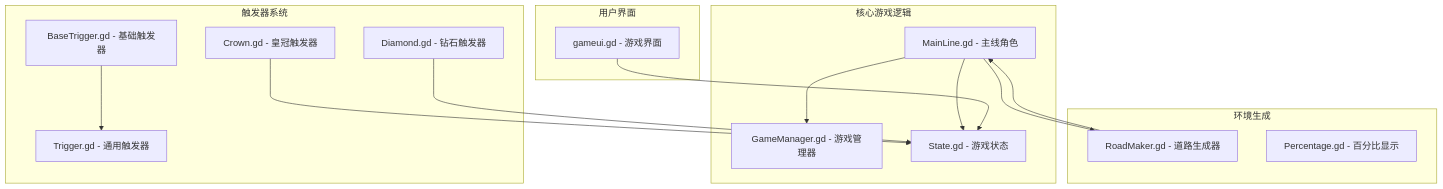
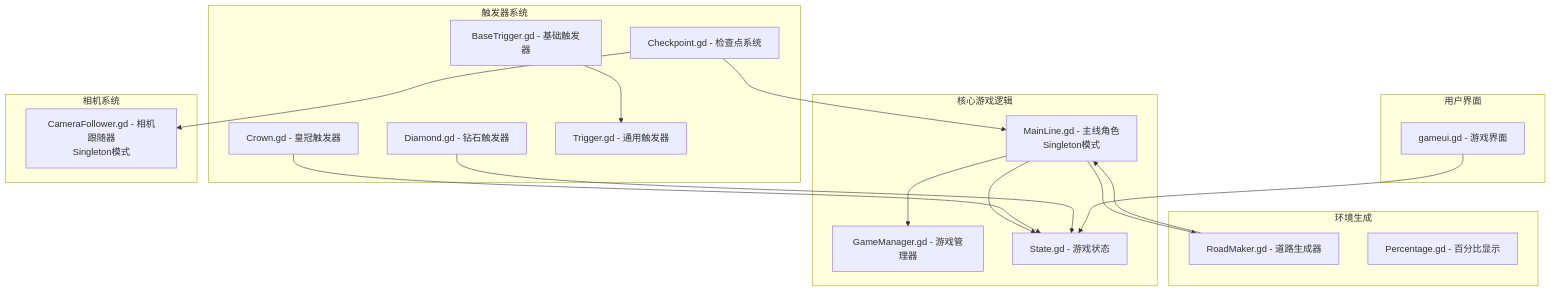
One commit to godotline/godot-line changed the first of 13 diagrams in .qoder/repowiki/zh/content/Mainline Script.md. Above: the diagram before and after it, drawn with Mermaid. The commit also changed other lines of this file and 28 other files, not shown here.

````diff
--- a/.qoder/repowiki/zh/content/Mainline Script.md
+++ b/.qoder/repowiki/zh/content/Mainline Script.md
@@ -36,29 +47,35 @@
 ```mermaid
 graph TB
 subgraph "核心游戏逻辑"
-ML[MainLine.gd - 主线角色]
+ML[MainLine.gd - 主线角色<br/>Singleton模式]
 GM[GameManager.gd - 游戏管理器]
 ST[State.gd - 游戏状态]
 end
 subgraph "环境生成"
 RM[RoadMaker.gd - 道路生成器]
 PERC[Percentage.gd - 百分比显示]
 end
 subgraph "用户界面"
 GUI[gameui.gd - 游戏界面]
 end
 subgraph "触发器系统"
 BT[BaseTrigger.gd - 基础触发器]
 CT[Crown.gd - 皇冠触发器]
 DT[Diamond.gd - 钻石触发器]
 TR[Trigger.gd - 通用触发器]
+CP[Checkpoint.gd - 检查点系统]
+end
+subgraph "相机系统"
+CF[CameraFollower.gd - 相机跟随器<br/>Singleton模式]
 end
 ML --> RM
 ML --> ST
 ML --> GM
 RM --> ML
 CT --> ST
 DT --> ST
 GUI --> ST
 BT --> TR
+CP --> CF
+CP --> ML
 ```
````
